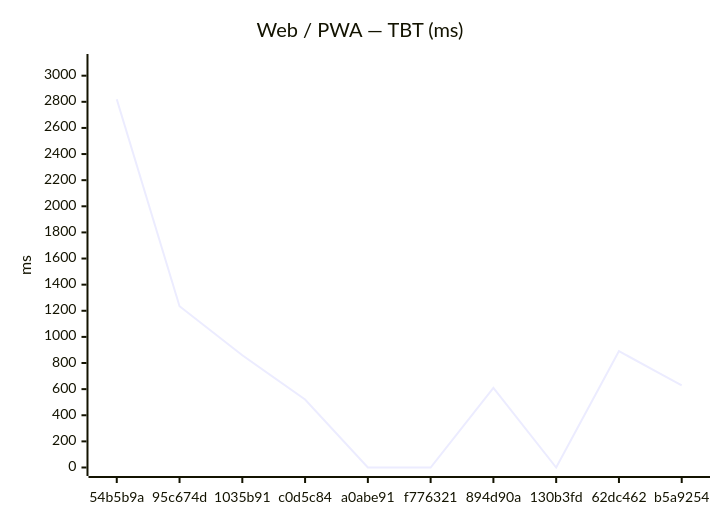
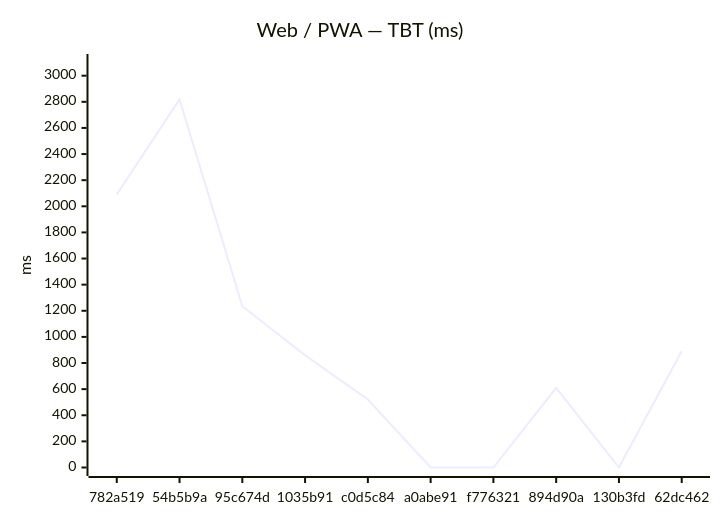
One commit to Metaheurist/Rianell changed the second of 18 diagrams in benchmarks/compare.md. Above: the diagram before and after it, drawn with Mermaid. The commit also changed other lines of this file and 11 other files, not shown here.

````diff
--- a/benchmarks/compare.md
+++ b/benchmarks/compare.md
@@ -31,7 +31,7 @@
 ```mermaid
 xychart-beta
     title "Web / PWA — TBT (ms)"
-    x-axis ["54b5b9a", "95c674d", "1035b91", "c0d5c84", "a0abe91", "f776321", "894d90a", "130b3fd", "62dc462", "b5a9254"]
+    x-axis ["782a519", "54b5b9a", "95c674d", "1035b91", "c0d5c84", "a0abe91", "f776321", "894d90a", "130b3fd", "62dc462"]
     y-axis "ms" 0 --> 3101
-    line [2819, 1235, 859, 521, 0, 0, 609, 0, 891, 628]
+    line [2090, 2819, 1235, 859, 521, 0, 0, 609, 0, 891]
 ```
````
